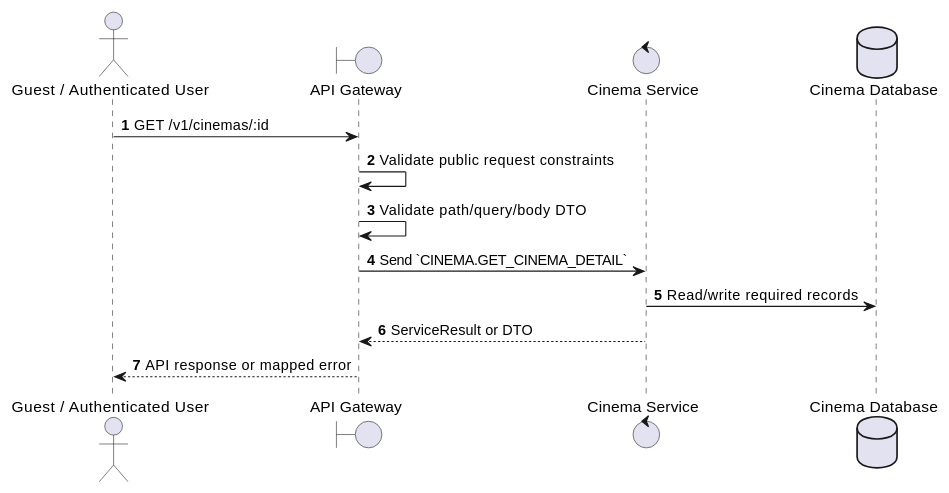
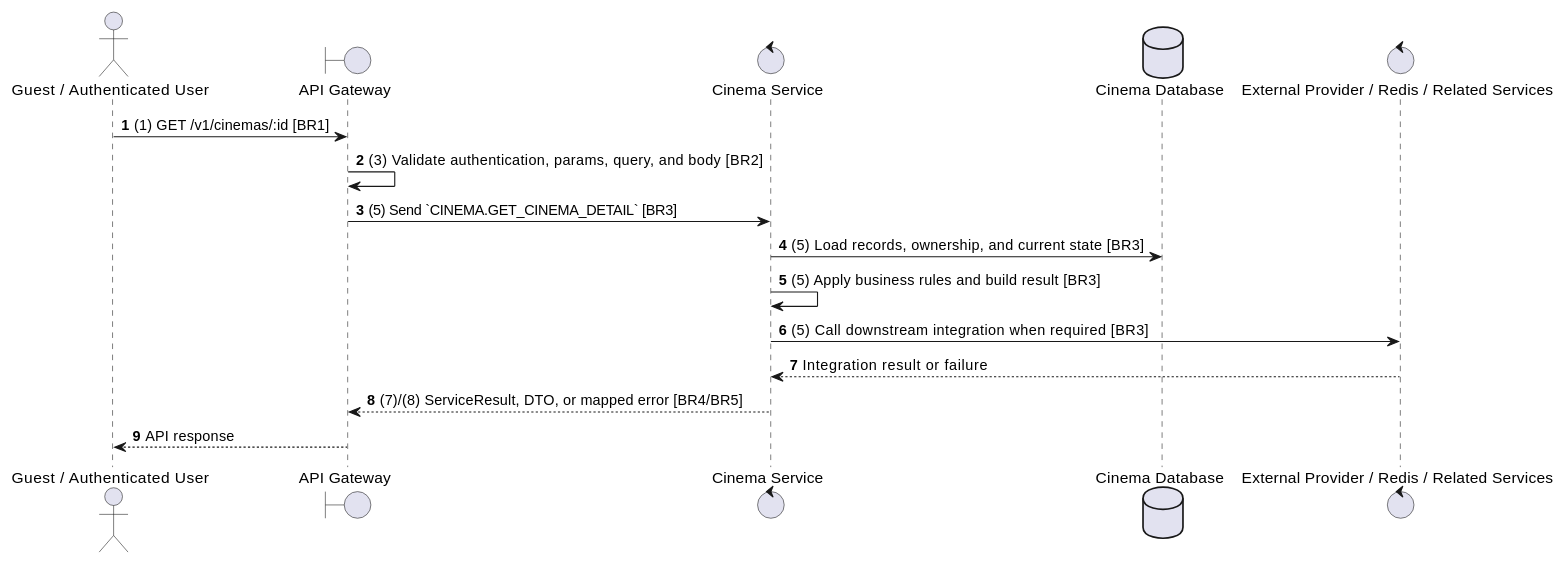
Before and after one commit to Tanh1603/movie-hub-architecture: the second of 2 diagrams in docs/functional_specs/3.2.1_Cinema_Management/CM-05_Get_Cinema_Detail.md, drawn with PlantUML. The commit also changed other lines of this file and 129 other files, not shown here.

````diff
--- a/docs/functional_specs/3.2.1_Cinema_Management/CM-05_Get_Cinema_Detail.md
+++ b/docs/functional_specs/3.2.1_Cinema_Management/CM-05_Get_Cinema_Detail.md
@@ -17,17 +64,20 @@
 ```plantuml
 @startuml
 autonumber
 actor "Guest / Authenticated User" as Actor
 boundary "API Gateway" as GW
 control "Cinema Service" as SVC
 database "Cinema Database" as DB
+control "External Provider / Redis / Related Services" as EXT
 
-Actor -> GW: GET /v1/cinemas/:id
-GW -> GW: Validate public request constraints
-GW -> GW: Validate path/query/body DTO
-GW -> SVC: Send `CINEMA.GET_CINEMA_DETAIL`
-SVC -> DB: Read/write required records
-SVC --> GW: ServiceResult or DTO
-GW --> Actor: API response or mapped error
+Actor -> GW: (1) GET /v1/cinemas/:id [BR1]
+GW -> GW: (3) Validate authentication, params, query, and body [BR2]
+GW -> SVC: (5) Send `CINEMA.GET_CINEMA_DETAIL` [BR3]
+SVC -> DB: (5) Load records, ownership, and current state [BR3]
+SVC -> SVC: (5) Apply business rules and build result [BR3]
+SVC -> EXT: (5) Call downstream integration when required [BR3]
+EXT --> SVC: Integration result or failure
+SVC --> GW: (7)/(8) ServiceResult, DTO, or mapped error [BR4/BR5]
+GW --> Actor: API response
 @enduml
 ```
````
